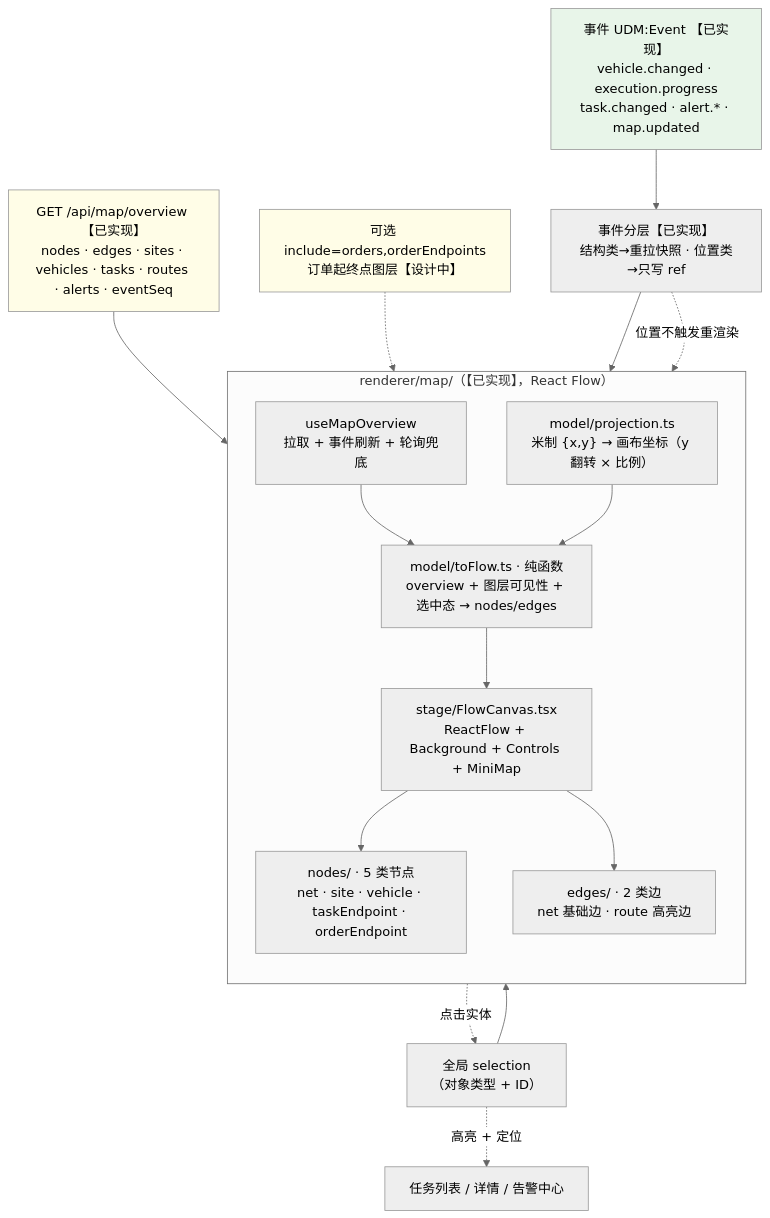
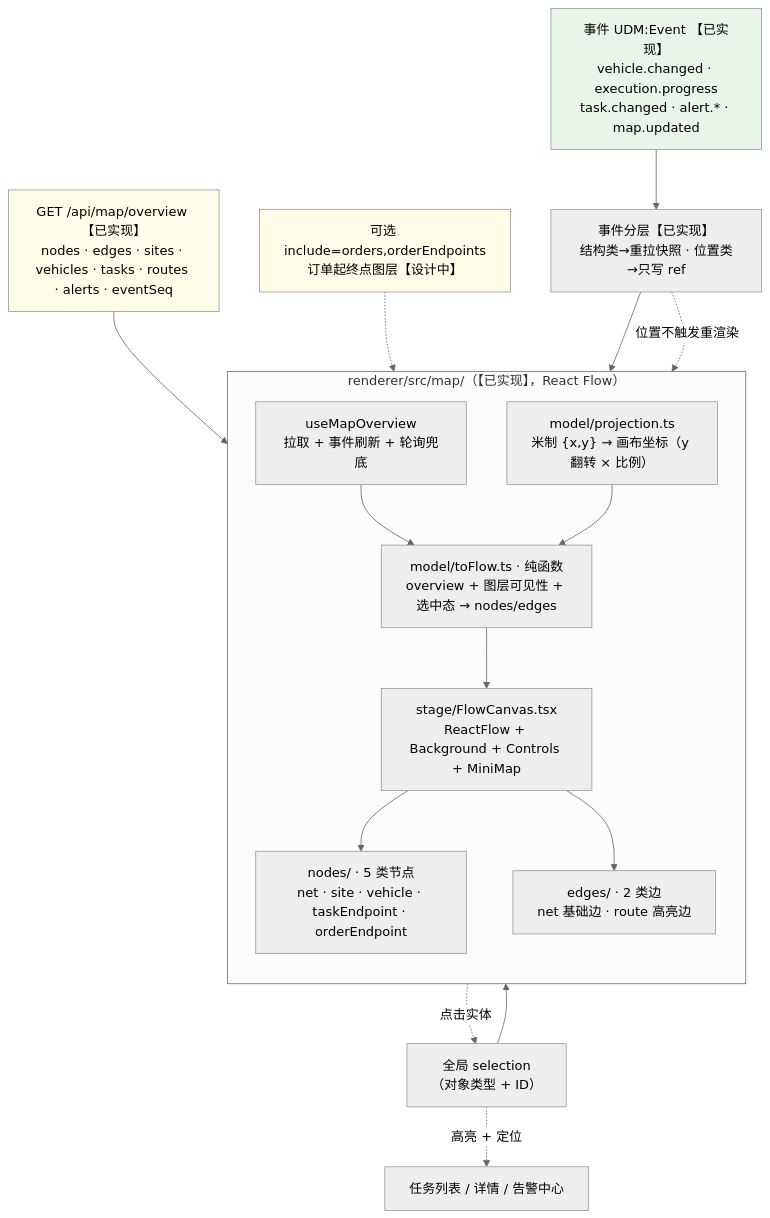
Diagram 17 of 23 in docs/architecture.md (sunstflower/831), drawn with Mermaid (neutral theme) before and after one commit. The commit also changed other lines of this file and 14 other files, not shown here.

````diff
--- a/docs/architecture.md
+++ b/docs/architecture.md
@@ -770,38 +773,38 @@
 ```mermaid
 flowchart TB
   OV["GET /api/map/overview 【已实现】<br/>nodes · edges · sites · vehicles · tasks · routes · alerts · eventSeq"]
   OV2["可选 include=orders,orderEndpoints<br/>订单起终点图层【设计中】"]
 
-  subgraph MAP["renderer/map/（【已实现】，React Flow）"]
+  subgraph MAP["renderer/src/map/（【已实现】，React Flow）"]
     direction TB
     HOOK["useMapOverview<br/>拉取 + 事件刷新 + 轮询兜底"]
     TOFLOW["model/toFlow.ts · 纯函数<br/>overview + 图层可见性 + 选中态 → nodes/edges"]
     PROJ["model/projection.ts<br/>米制 {x,y} → 画布坐标（y 翻转 × 比例）"]
     CANVAS["stage/FlowCanvas.tsx<br/>ReactFlow + Background + Controls + MiniMap"]
     NT["nodes/ · 5 类节点<br/>net · site · vehicle · taskEndpoint · orderEndpoint"]
     ET["edges/ · 2 类边<br/>net 基础边 · route 高亮边"]
   end
 
   EV["事件 UDM:Event 【已实现】<br/>vehicle.changed · execution.progress<br/>task.changed · alert.* · map.updated"]
   BOUND["事件分层【已实现】<br/>结构类→重拉快照 · 位置类→只写 ref"]
   SEL["全局 selection<br/>（对象类型 + ID）"]
   LIST["任务列表 / 详情 / 告警中心"]
 
   OV --> HOOK
   OV2 -.-> HOOK
   EV --> BOUND
   BOUND --> HOOK
   BOUND -. 位置不触发重渲染 .-> TOFLOW
   HOOK --> TOFLOW
   PROJ --> TOFLOW
   SEL --> TOFLOW
   TOFLOW --> CANVAS
   CANVAS --> NT
   CANVAS --> ET
   CANVAS -. 点击实体 .-> SEL
   SEL -. 高亮 + 定位 .-> LIST
 
   style OV fill:#fffde7
   style OV2 fill:#fffde7
   style EV fill:#e8f5e9
 ```
````
